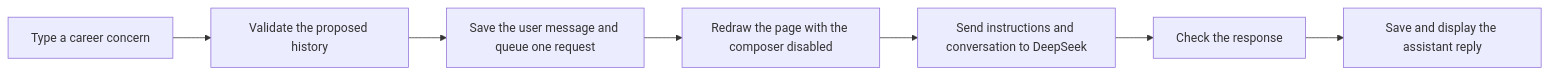
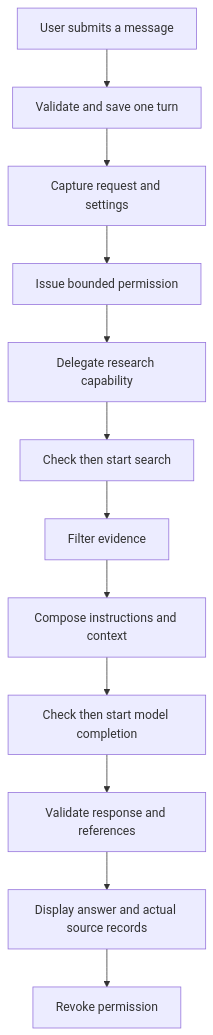
One commit to C1S9/career-planning-assistant changed the diagram in docs/LEARNING_GUIDE.md. Above: the diagram before and after it, drawn with Mermaid. The commit also changed other lines of this file and 21 other files, not shown here.

````diff
--- a/docs/LEARNING_GUIDE.md
+++ b/docs/LEARNING_GUIDE.md
@@ -69,9 +68,14 @@
 ```mermaid
-flowchart LR
-    A[Type a career concern] --> B[Validate the proposed history]
-    B --> C[Save the user message and queue one request]
-    C --> D[Redraw the page with the composer disabled]
-    D --> E[Send instructions and conversation to DeepSeek]
-    E --> F[Check the response]
-    F --> G[Save and display the assistant reply]
+flowchart TD
+    A[User submits a message] --> B[Validate and save one turn]
+    B --> C[Capture request and settings]
+    C --> D[Issue bounded permission]
+    D --> E[Delegate research capability]
+    E --> F[Check then start search]
+    F --> G[Filter evidence]
+    G --> H[Compose instructions and context]
+    H --> I[Check then start model completion]
+    I --> J[Validate response and references]
+    J --> K[Display answer and actual source records]
+    K --> L[Revoke permission]
 ```
````
